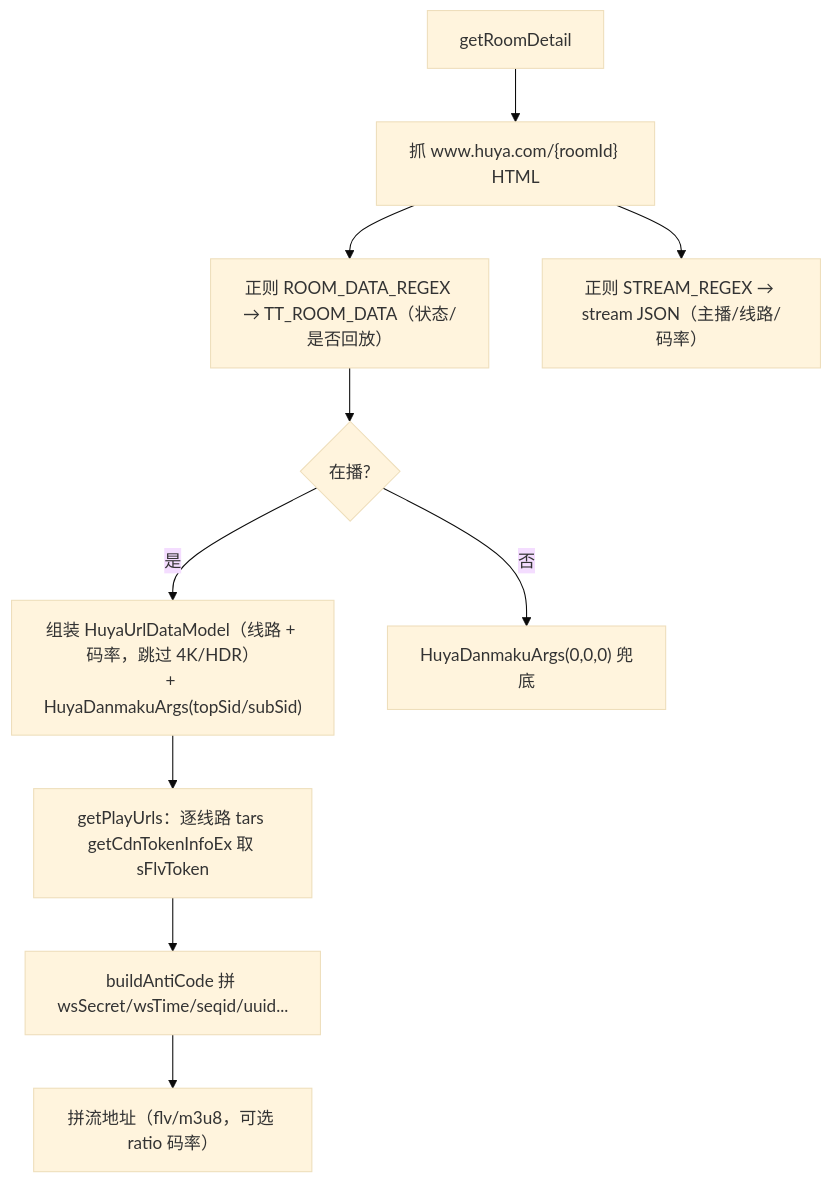
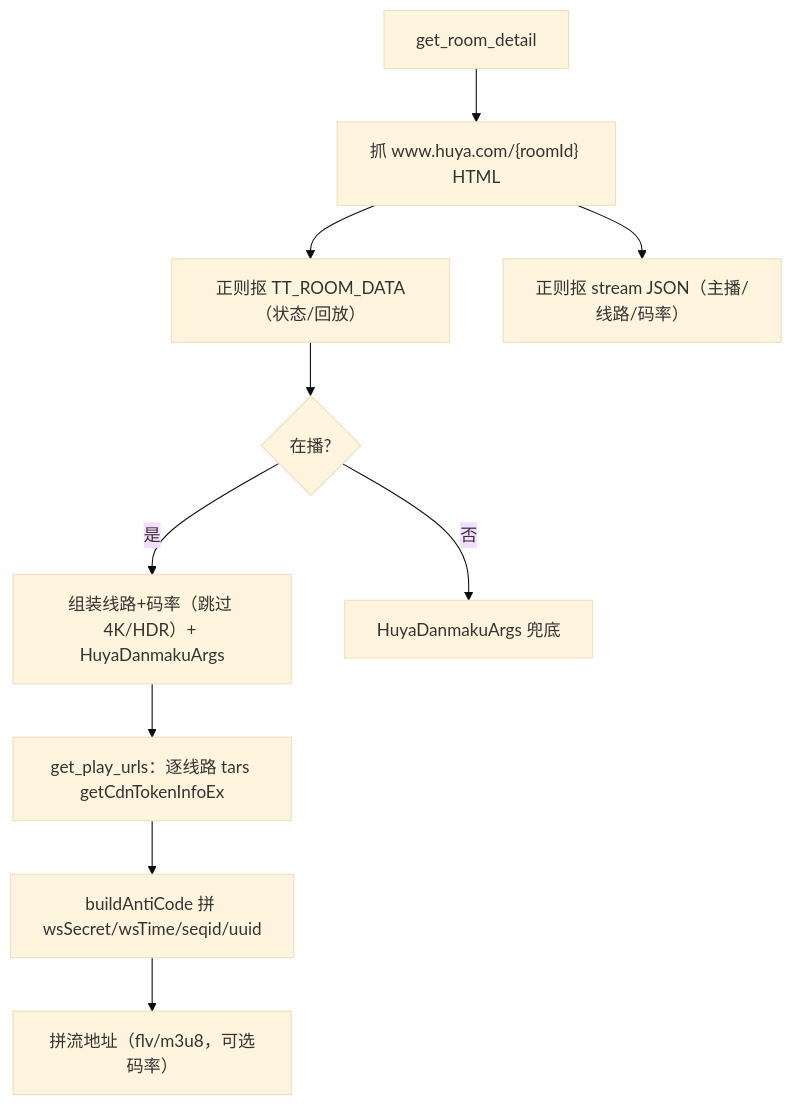
The eighth of 12 diagrams in simple_live_core/doc/workflow-diagram.md (gaoxing64/dart_simple_live), drawn with Mermaid (base theme) before and after one commit. The commit also changed other lines of this file and 8 other files, not shown here.

````diff
--- a/simple_live_core/doc/workflow-diagram.md
+++ b/simple_live_core/doc/workflow-diagram.md
@@ -216,12 +215,12 @@
 ```mermaid
 flowchart TD
-    A["getRoomDetail"] --> B["抓 www.huya.com/{roomId} HTML"]
-    B --> C["正则 ROOM_DATA_REGEX → TT_ROOM_DATA（状态/是否回放）"]
-    B --> D["正则 STREAM_REGEX → stream JSON（主播/线路/码率）"]
+    A["get_room_detail"] --> B["抓 www.huya.com/{roomId} HTML"]
+    B --> C["正则抠 TT_ROOM_DATA（状态/回放）"]
+    B --> D["正则抠 stream JSON（主播/线路/码率）"]
     C --> E{"在播?"}
-    E -- "是" --> F["组装 HuyaUrlDataModel（线路 + 码率，跳过 4K/HDR）\n+ HuyaDanmakuArgs(topSid/subSid)"]
-    E -- "否" --> G["HuyaDanmakuArgs(0,0,0) 兜底"]
-    F --> H["getPlayUrls：逐线路 tars getCdnTokenInfoEx 取 sFlvToken"]
-    H --> I["buildAntiCode 拼 wsSecret/wsTime/seqid/uuid..."]
-    I --> J["拼流地址（flv/m3u8，可选 ratio 码率）"]
+    E -- "是" --> F["组装线路+码率（跳过 4K/HDR）+ HuyaDanmakuArgs"]
+    E -- "否" --> G["HuyaDanmakuArgs 兜底"]
+    F --> H["get_play_urls：逐线路 tars getCdnTokenInfoEx"]
+    H --> I["buildAntiCode 拼 wsSecret/wsTime/seqid/uuid"]
+    I --> J["拼流地址（flv/m3u8，可选码率）"]
 ```
````
